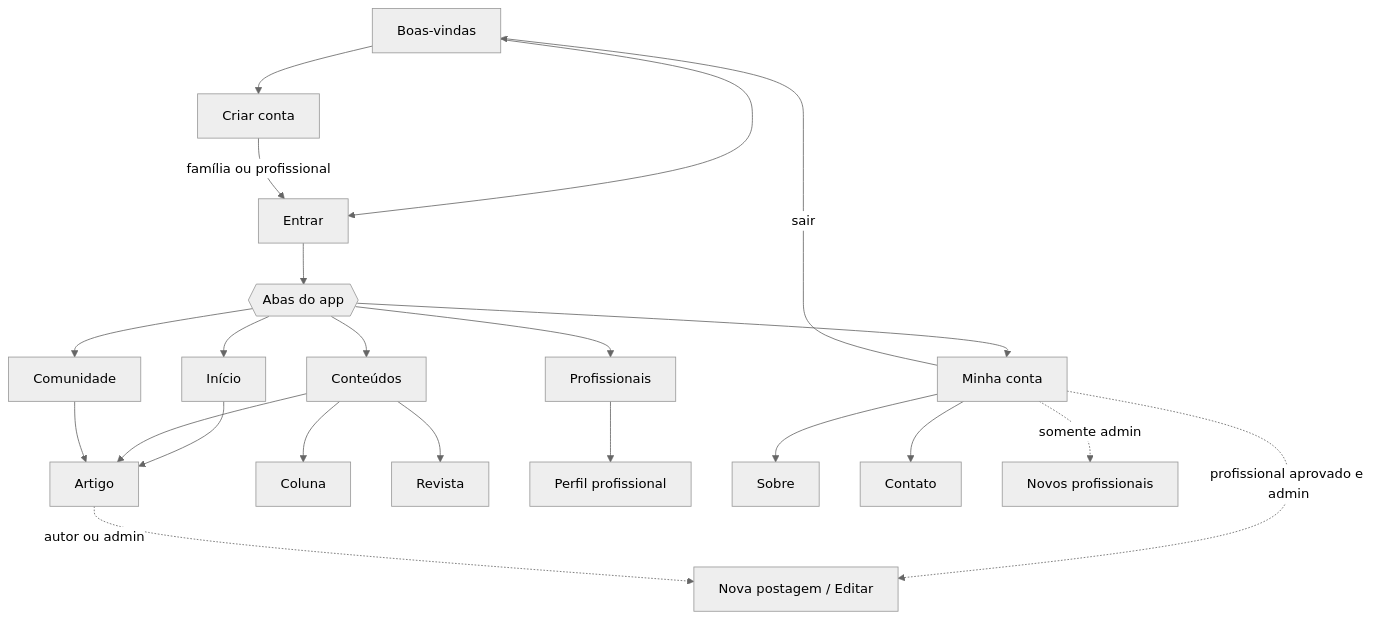
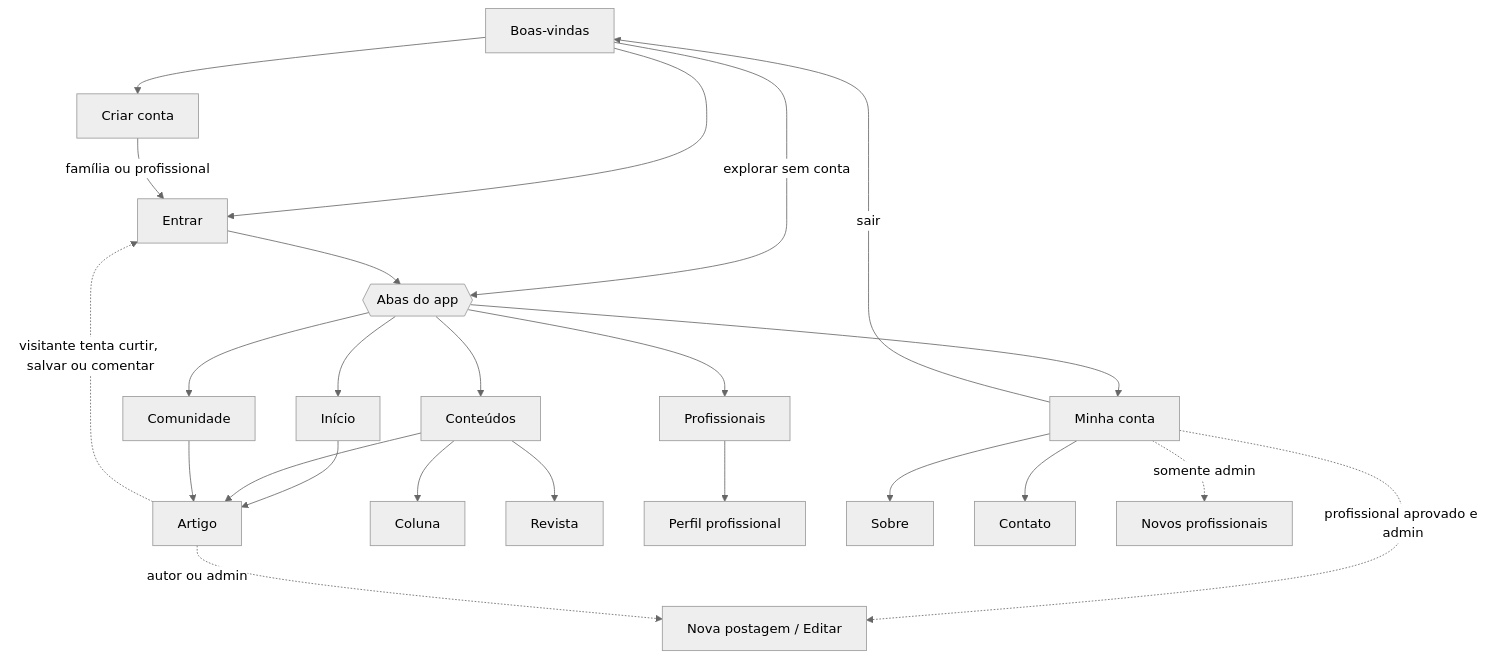
Before and after one commit to anasprenger/conexaopais.app: the second of 4 diagrams in README.md, drawn with Mermaid (neutral theme). The commit also changed other lines of this file and 13 other files, not shown here.

First line of the commit message:
feat(mobile): visitantes leem os conteúdos sem conta

````diff
--- a/README.md
+++ b/README.md
@@ -153,27 +158,29 @@
 ```mermaid
 flowchart TD
     W[Boas-vindas] --> L[Entrar]
     W --> C[Criar conta]
+    W -->|explorar sem conta| T
     C -->|família ou profissional| L
     L --> T{{Abas do app}}
 
     T --> H[Início]
     T --> CT[Conteúdos]
     T --> P[Profissionais]
     T --> CM[Comunidade]
     T --> MC[Minha conta]
 
     H --> A[Artigo]
     CT --> A
     CT --> CO[Coluna]
     CT --> R[Revista]
     P --> PP[Perfil profissional]
     CM --> A
     MC --> S[Sobre]
     MC --> CTT[Contato]
     MC -->|sair| W
 
     MC -.->|profissional aprovado e admin| NP[Nova postagem / Editar]
     A -.->|autor ou admin| NP
+    A -.->|visitante tenta curtir, salvar ou comentar| L
     MC -.->|somente admin| NV[Novos profissionais]
 ```
````
